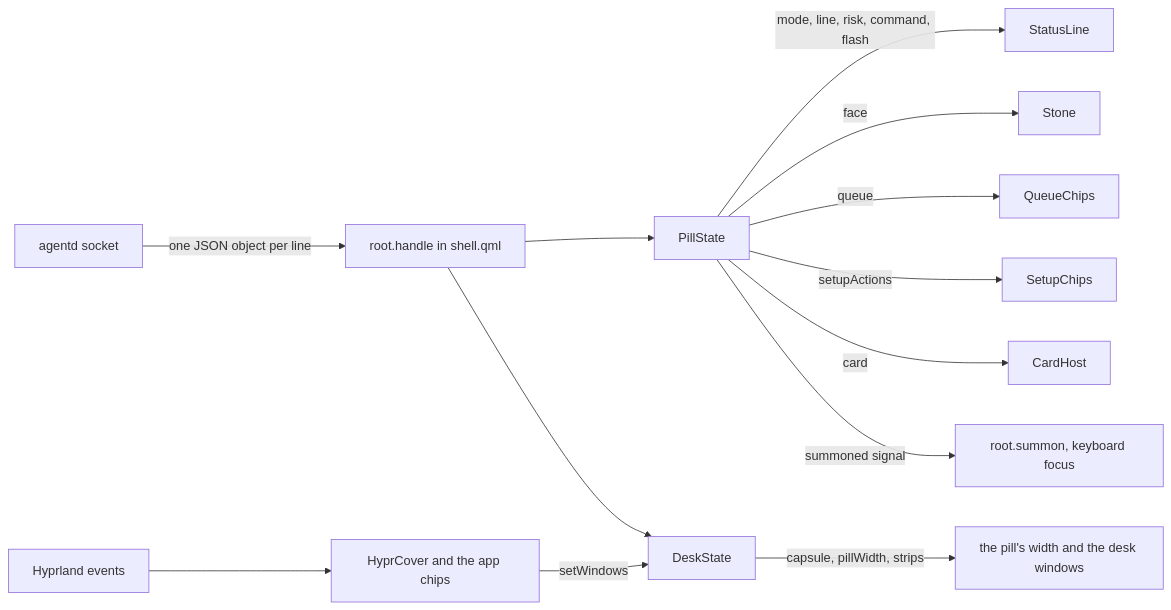
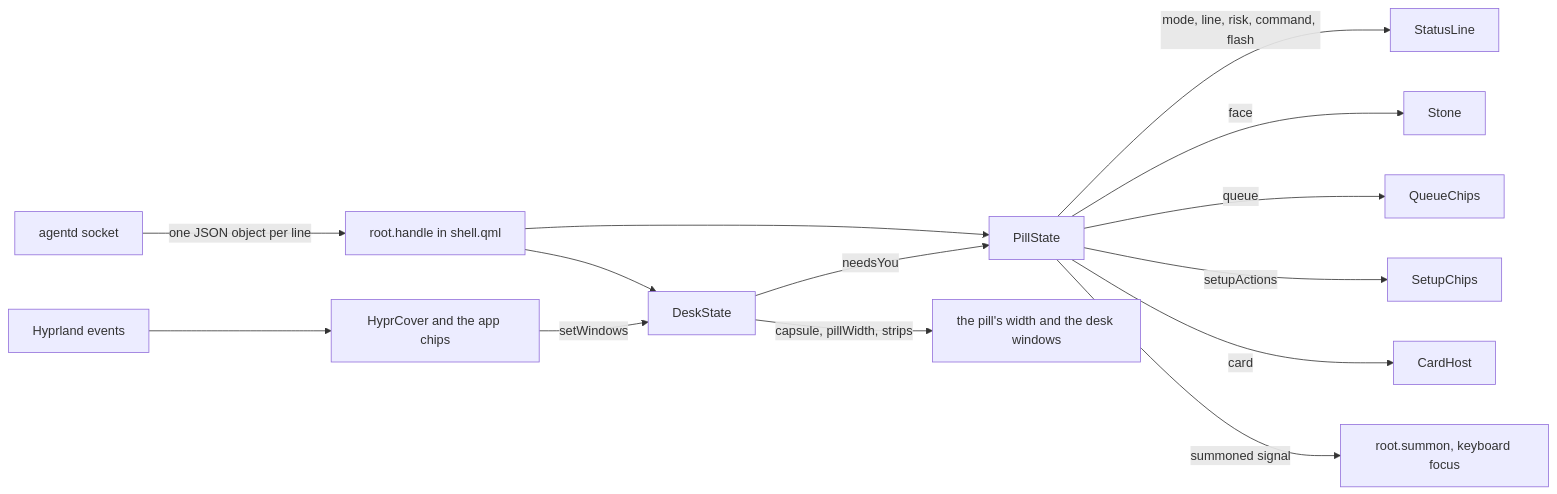
The first of 3 diagrams in docs/architecture/shell.md (thedefaultman/Bombadil), drawn with Mermaid before and after one commit. The commit also changed other lines of this file and 21 other files, not shown here.

````diff
--- a/docs/architecture/shell.md
+++ b/docs/architecture/shell.md
@@ -14,15 +14,16 @@
 ```mermaid
 flowchart LR
     agentd["agentd socket"] -->|"one JSON object per line"| handle["root.handle in shell.qml"]
     handle --> pill["PillState"]
     handle --> desk["DeskState"]
     pill -->|"mode, line, risk, command, flash"| line["StatusLine"]
     pill -->|"face"| stone["Stone"]
     pill -->|"queue"| queue["QueueChips"]
     pill -->|"setupActions"| setup["SetupChips"]
     pill -->|"card"| cards["CardHost"]
     pill -->|"summoned signal"| focus["root.summon, keyboard focus"]
+    desk -->|"needsYou"| pill
     desk -->|"capsule, pillWidth, strips"| bar["the pill's width and the desk windows"]
     hypr["Hyprland events"] --> cover["HyprCover and the app chips"]
     cover -->|"setWindows"| desk
 ```
````
